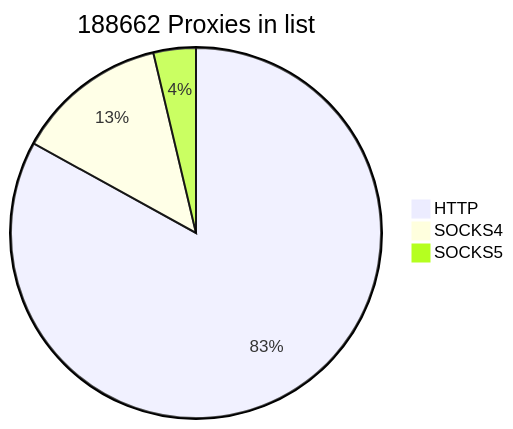
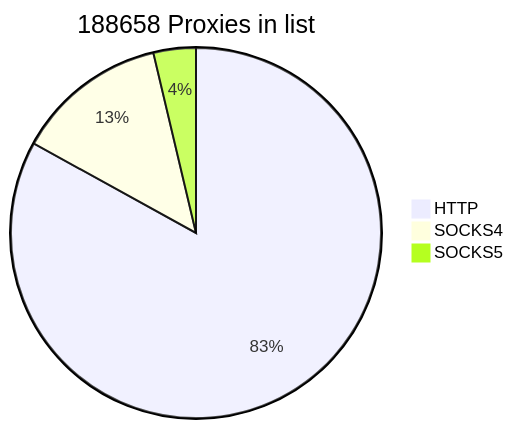
Before and after one commit to cutipu/proxylist: the first of 2 diagrams in README.md, drawn with Mermaid. The commit also changed other lines of this file, not shown here.

````diff
--- a/README.md
+++ b/README.md
@@ -2,7 +2,7 @@
 ```mermaid
-pie title 188662 Proxies in list
+pie title 188658 Proxies in list
     "HTTP" : 156634
     "SOCKS4" : 25045
-    "SOCKS5" : 6983
+    "SOCKS5" : 6979
             
 ```
````
